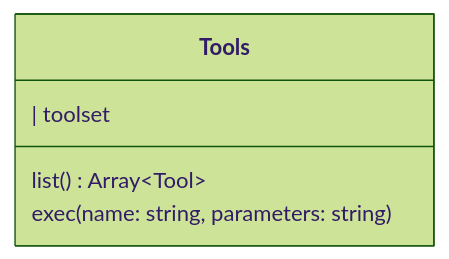
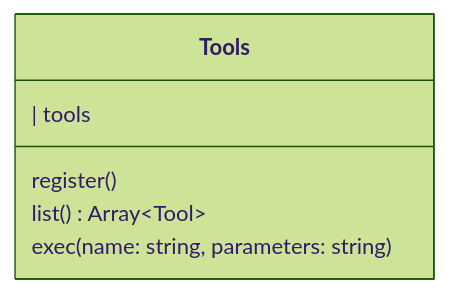
Before and after one commit to maozy13/walle: the second of 2 diagrams in design/tools.md, drawn with Mermaid (forest theme). The commit also changed other lines of this file and 14 other files, not shown here.

Commit message:
refactor: 工具名称和描述作为工具函数的附加元数据通过 register 注册到 Tools

````diff
--- a/design/tools.md
+++ b/design/tools.md
@@ -60,9 +60,10 @@
 ```mermaid
 classDiagram
 
 class Tools {
-|   toolset
+|   tools
+    register()
     list() Array~Tool~
     exec(name: string, parameters: string)
 }
 ```
````
